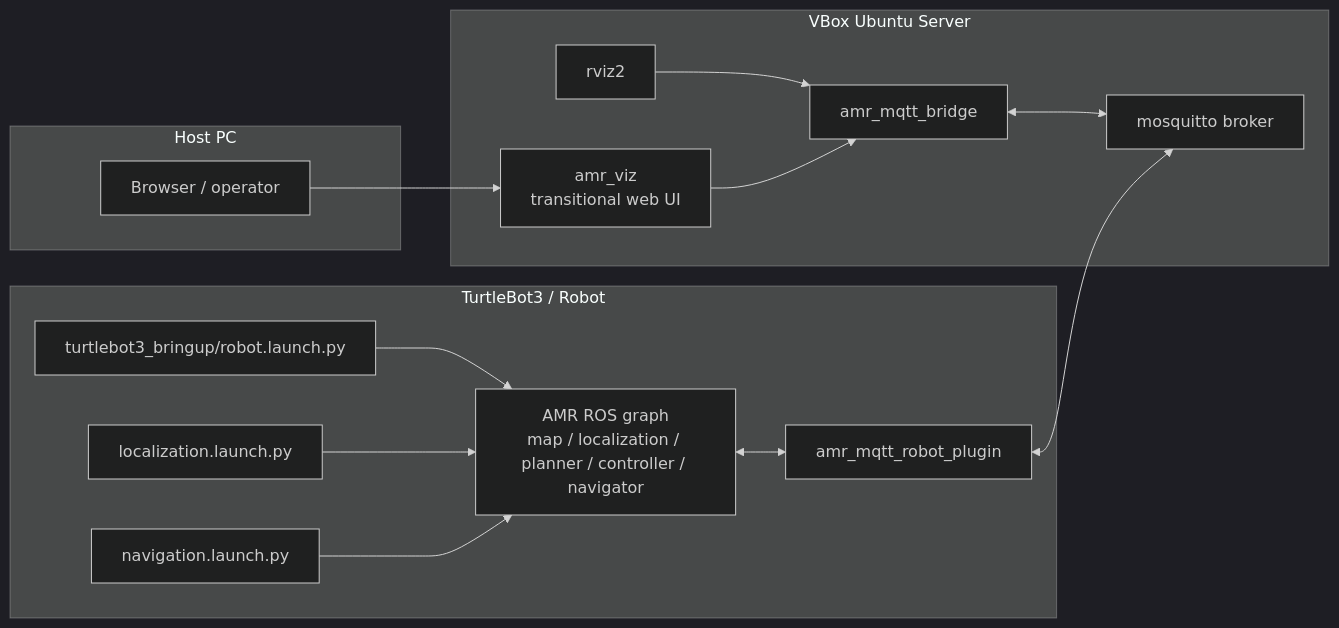
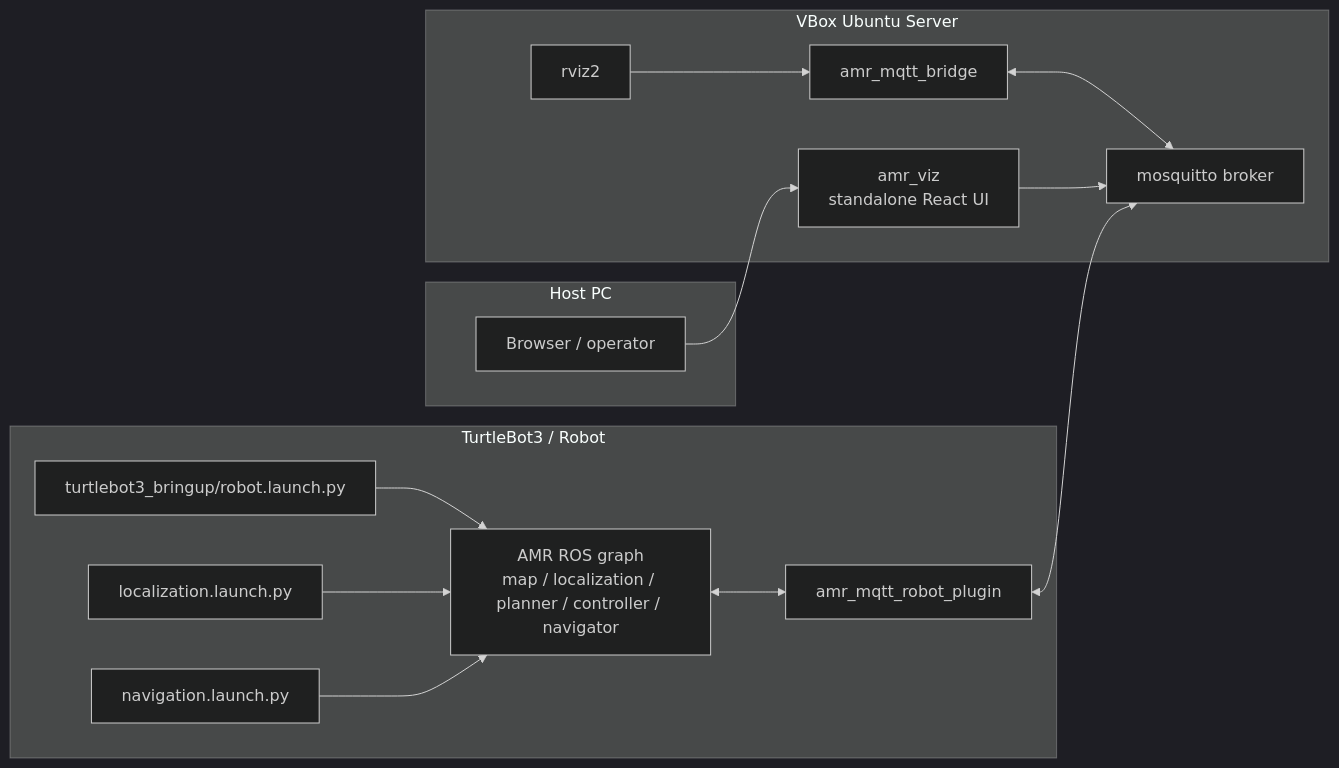
One commit to reidlo5135/ros-amr-navigation changed the diagram in README.md. Above: the diagram before and after it, drawn with Mermaid (dark theme). The commit also changed other lines of this file and 51 other files, not shown here.

Commit message:
refactor: split MQTT transport and convert amr_viz to standalone web app

````diff
--- a/README.md
+++ b/README.md
@@ -8,33 +8,33 @@
 ```mermaid
 flowchart LR
     subgraph Robot["TurtleBot3 / Robot"]
         TB3Bringup["turtlebot3_bringup/robot.launch.py"]
         Loc["localization.launch.py"]
         Nav["navigation.launch.py"]
         Plugin["amr_mqtt_robot_plugin"]
         Stack["AMR ROS graph
 map / localization / planner / controller / navigator"]
         TB3Bringup --> Stack
         Loc --> Stack
         Nav --> Stack
         Stack <--> Plugin
     end
 
     subgraph VBox["VBox Ubuntu Server"]
         Broker["mosquitto broker"]
         Bridge["amr_mqtt_bridge"]
         RViz["rviz2"]
         Viz["amr_viz
-transitional web UI"]
+standalone React UI"]
         Bridge <--> Broker
         RViz --> Bridge
-        Viz --> Bridge
+        Viz --> Broker
     end
 
     subgraph Host["Host PC"]
         Browser["Browser / operator"]
     end
 
     Plugin <--> Broker
     Browser --> Viz
 ```
````
